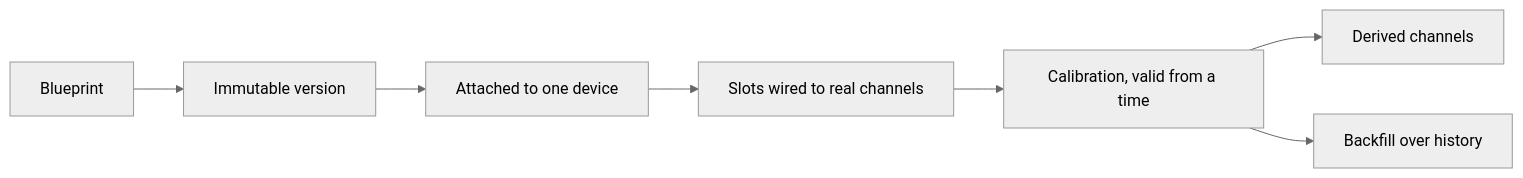
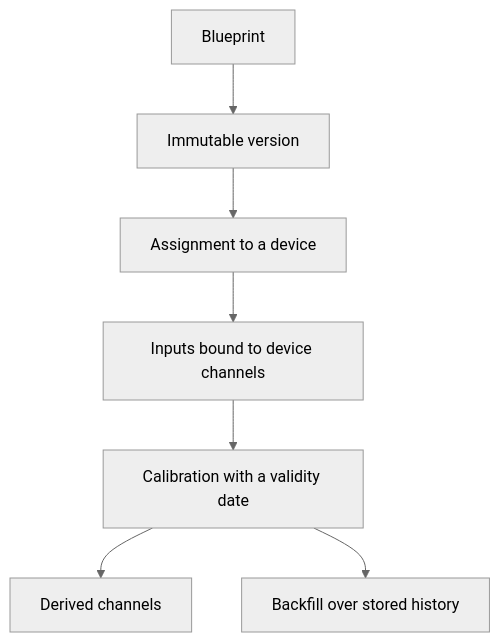
The diagram in apps/web/content/docs/en/blueprints.mdx (sensical-coop/mesh-things-apps), drawn with Mermaid (neutral theme) before and after one commit. The commit also changed other lines of this file and 27 other files, not shown here.

````diff
--- a/apps/web/content/docs/en/blueprints.mdx
+++ b/apps/web/content/docs/en/blueprints.mdx
@@ -10,9 +10,9 @@
 ```mermaid
-flowchart LR
-  recipe["Blueprint"] --> version["Immutable version"]
-  version --> attach["Attached to one device"]
-  attach --> wire["Slots wired to real channels"]
-  wire --> cal["Calibration, valid from a time"]
-  cal --> live["Derived channels"]
-  cal --> backfill["Backfill over history"]
+flowchart TD
+  blueprint["Blueprint"] --> version["Immutable version"]
+  version --> assignment["Assignment to a device"]
+  assignment --> inputs["Inputs bound to device channels"]
+  inputs --> calibration["Calibration with a validity date"]
+  calibration --> live["Derived channels"]
+  calibration --> backfill["Backfill over stored history"]
 ```
````
